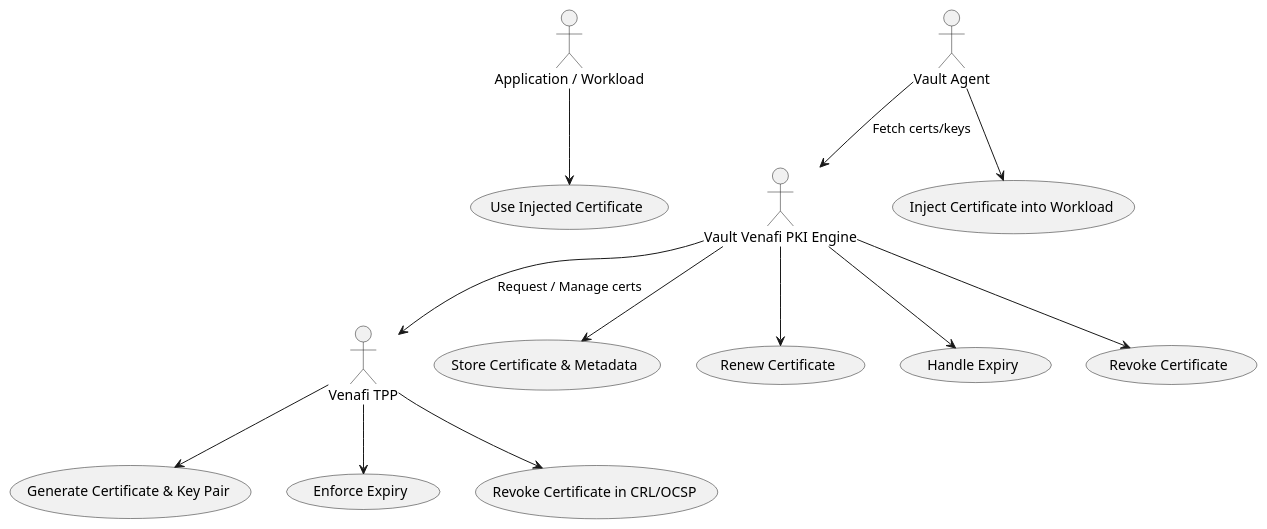
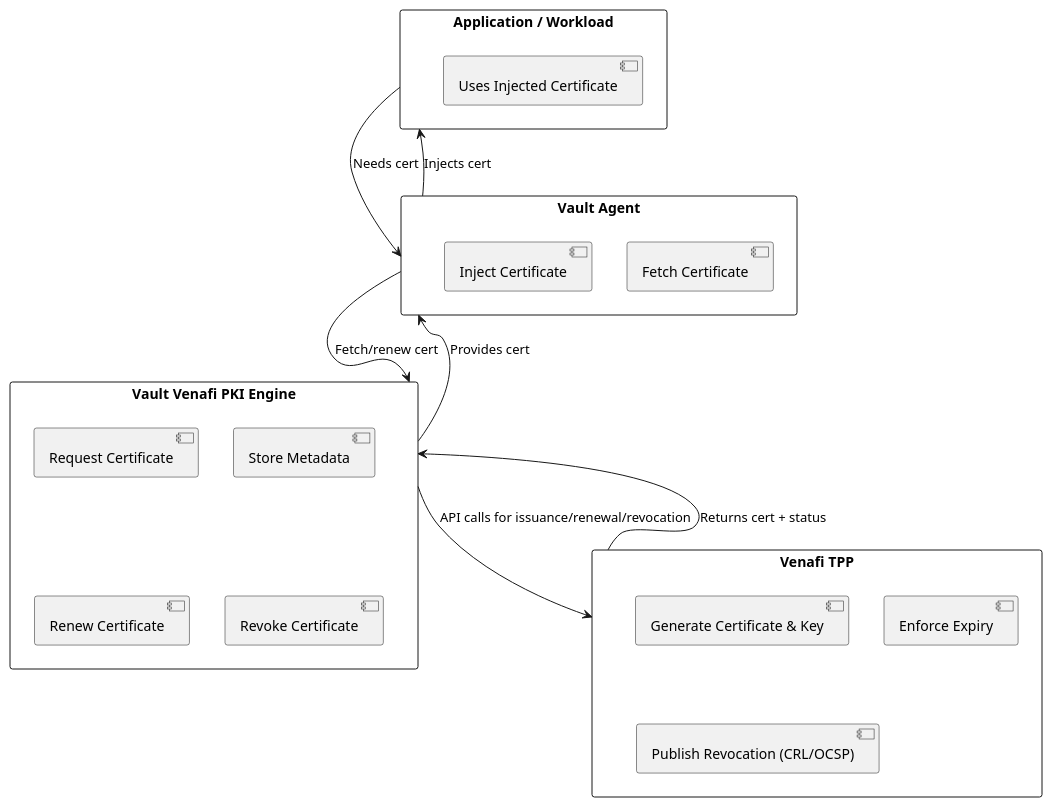
Before and after one commit to bcalab631/PKI: the diagram in flow.md, drawn with PlantUML.

```diff
--- a/flow.md
+++ b/flow.md
@@ -1,22 +1,30 @@
 @startuml
-actor "Application / Workload" as App
-actor "Vault Agent" as Agent
-actor "Vault Venafi PKI Engine" as Vault
-actor "Venafi TPP" as TPP
+rectangle "Application / Workload" as App {
+  [Uses Injected Certificate]
+}
 
-App --> (Use Injected Certificate)
+rectangle "Vault Agent" as Agent {
+  [Fetch Certificate]
+  [Inject Certificate]
+}
 
-Agent --> (Inject Certificate into Workload)
-Agent --> Vault : Fetch certs/keys
+rectangle "Vault Venafi PKI Engine" as Vault {
+  [Request Certificate]
+  [Store Metadata]
+  [Renew Certificate]
+  [Revoke Certificate]
+}
 
-Vault --> (Store Certificate & Metadata)
-Vault --> (Renew Certificate)
-Vault --> (Handle Expiry)
-Vault --> (Revoke Certificate)
-Vault --> TPP : Request / Manage certs
+rectangle "Venafi TPP" as TPP {
+  [Generate Certificate & Key]
+  [Enforce Expiry]
+  [Publish Revocation (CRL/OCSP)]
+}
 
-TPP --> (Generate Certificate & Key Pair)
-TPP --> (Enforce Expiry)
-TPP --> (Revoke Certificate in CRL/OCSP)
-
+App --> Agent : Needs cert
+Agent --> Vault : Fetch/renew cert
+Vault --> TPP : API calls for issuance/renewal/revocation
+TPP --> Vault : Returns cert + status
+Vault --> Agent : Provides cert
+Agent --> App : Injects cert
 @enduml
```
